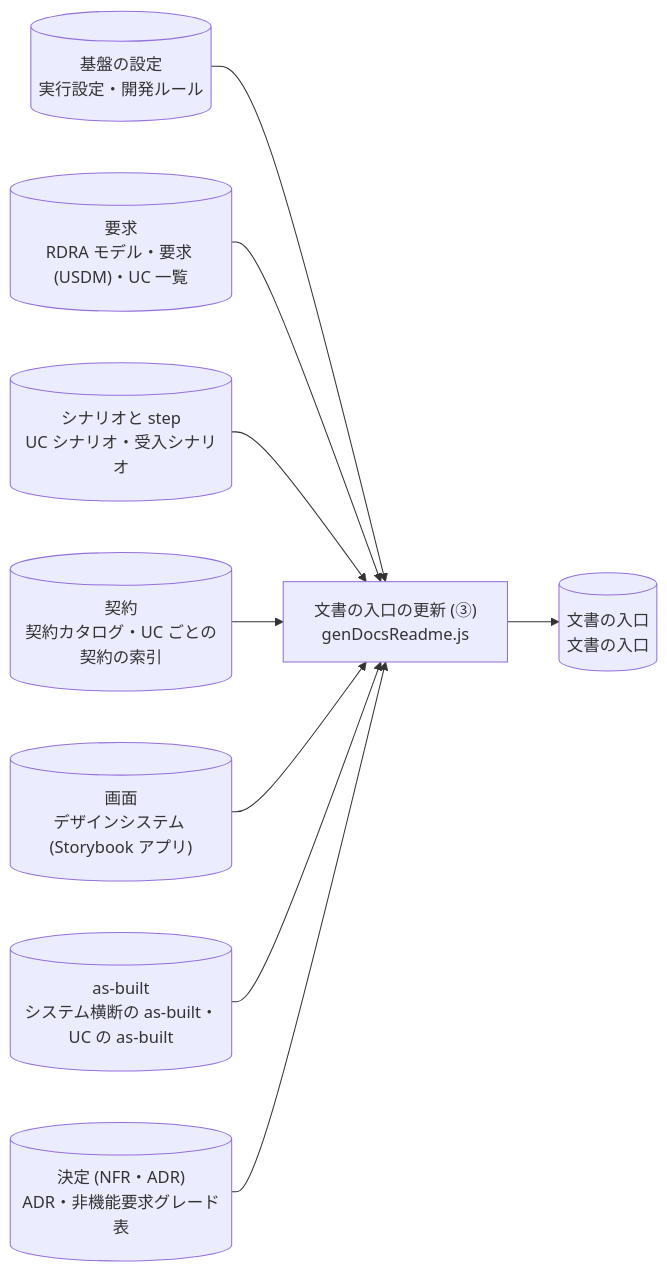
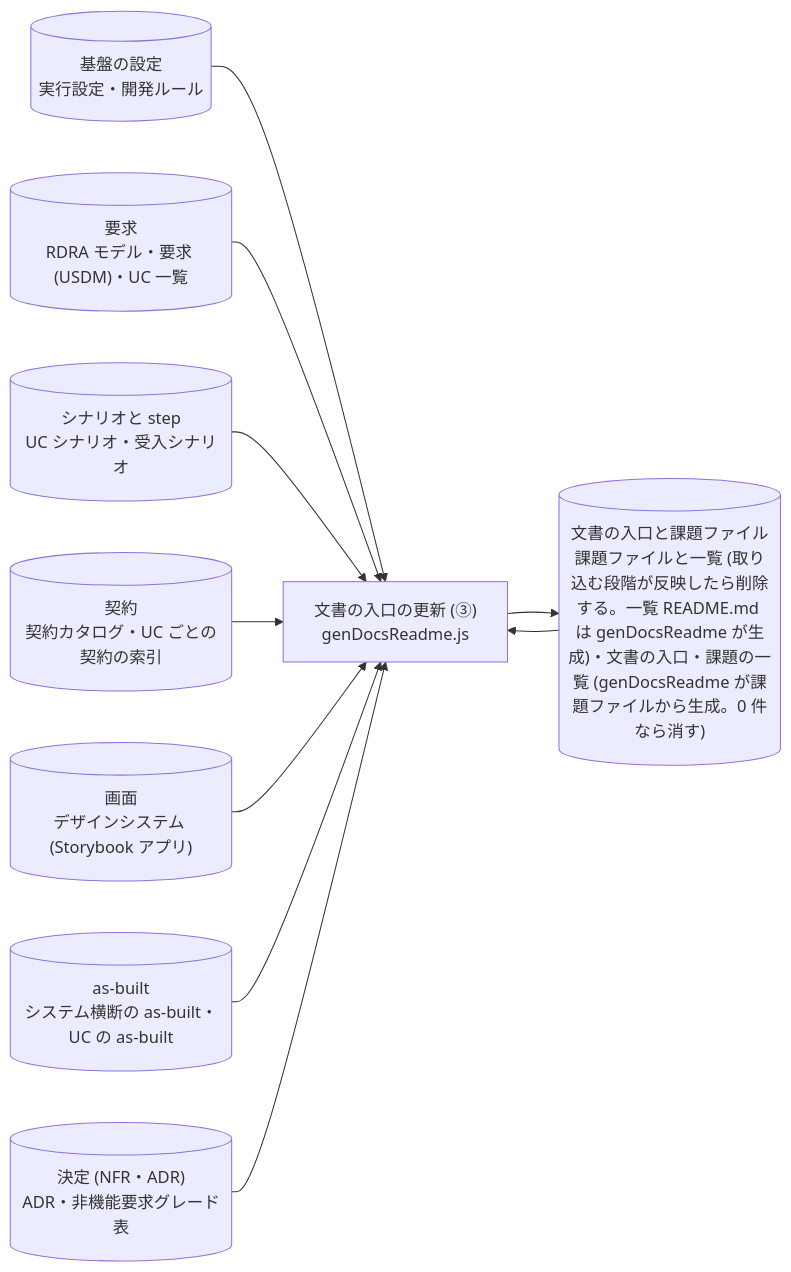
Diagram 15 of 45 in plugins/distillery2/skills/d2-common/references/dataflow.md (suwa-sh/suwa-sh-claude-plugins), drawn with Mermaid before and after one commit. The commit also changed other lines of this file and 22 other files, not shown here.

````diff
--- a/plugins/distillery2/skills/d2-common/references/dataflow.md
+++ b/plugins/distillery2/skills/d2-common/references/dataflow.md
@@ -384,20 +406,21 @@
 ```mermaid
 flowchart LR
   p_run_foundation_docs_readme["文書の入口の更新 (③)<br/>genDocsReadme.js"]
   g_settings[("基盤の設定<br/>実行設定・開発ルール")]
   g_requirements[("要求<br/>RDRA モデル・要求 (USDM)・UC 一覧")]
   g_scenarios[("シナリオと step<br/>UC シナリオ・受入シナリオ")]
   g_contracts[("契約<br/>契約カタログ・UC ごとの契約の索引")]
   g_design[("画面<br/>デザインシステム (Storybook アプリ)")]
   g_asbuilt[("as-built<br/>システム横断の as-built・UC の as-built")]
   g_decisions[("決定 (NFR・ADR)<br/>ADR・非機能要求グレード表")]
-  g_docs[("文書の入口<br/>文書の入口")]
+  g_docs[("文書の入口と課題ファイル<br/>課題ファイルと一覧 (取り込む段階が反映したら削除する。一覧 README.md は genDocsReadme が生成)・文書の入口・課題の一覧 (genDocsReadme が課題ファイルから生成。0 件なら消す)")]
   g_settings --> p_run_foundation_docs_readme
   g_requirements --> p_run_foundation_docs_readme
   g_scenarios --> p_run_foundation_docs_readme
   g_contracts --> p_run_foundation_docs_readme
   g_design --> p_run_foundation_docs_readme
   g_asbuilt --> p_run_foundation_docs_readme
   g_decisions --> p_run_foundation_docs_readme
+  g_docs --> p_run_foundation_docs_readme
   p_run_foundation_docs_readme --> g_docs
 ```
````
